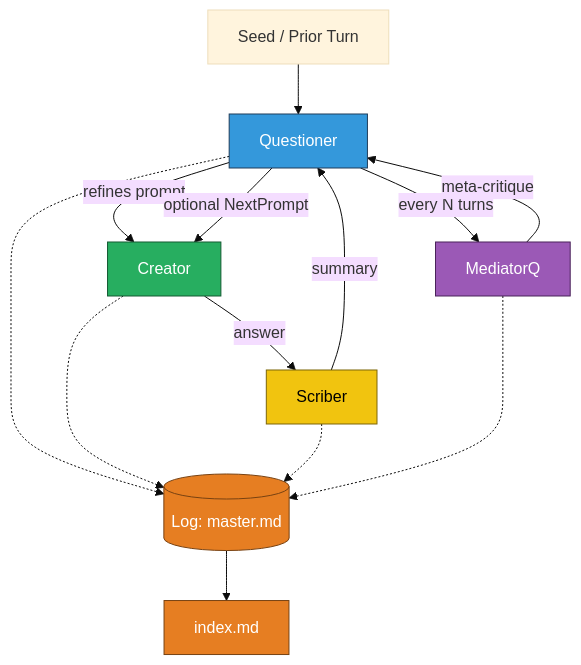
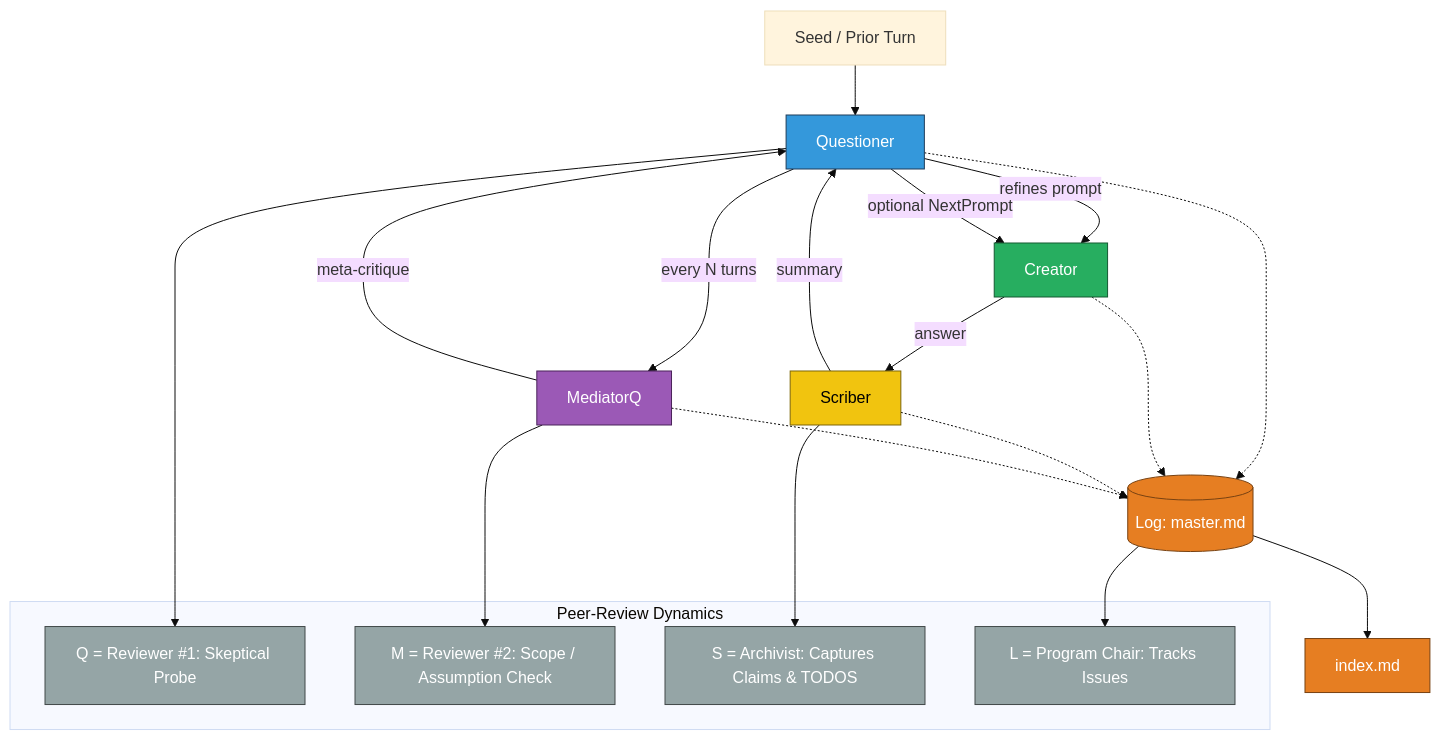
Before and after one commit to m10ust/metaformers: the first of 2 diagrams in README.md, drawn with Mermaid (base theme).

````diff
--- a/README.md
+++ b/README.md
@@ -21,44 +21,60 @@
 ```mermaid
 
 flowchart TD
     %% Nodes
     U[Seed / Prior Turn]
     Q[Questioner]
     C[Creator]
     S[Scriber]
     M[MediatorQ]
     L[(Log: master.md)]
     IDX[index.md]
 
     %% Core flows
     U --> Q
     Q -->|refines prompt| C
     C -->|answer| S
     S -->|summary| Q
     Q -->|every N turns| M
     M -->|meta-critique| Q
     Q -->|optional NextPrompt| C
 
     %% Logging (dashed)
     Q -.-> L
     C -.-> L
     S -.-> L
     M -.-> L
     L --> IDX
 
+    %% Peer-review dynamics
+    subgraph PR[Peer-Review Dynamics]
+        Qp[Q = Reviewer #1: Skeptical Probe]
+        Mp[M = Reviewer #2: Scope / Assumption Check]
+        Sp[S = Archivist: Captures Claims & TODOS]
+        Lp[L = Program Chair: Tracks Issues]
+    end
+
+    %% Map main roles to peer-review box
+    Q --> Qp
+    M --> Mp
+    S --> Sp
+    L --> Lp
+
     %% Styles
     classDef questioner fill:#3498db,stroke:#1f3d5a,color:#fff;
     classDef creator fill:#27ae60,stroke:#145a32,color:#fff;
     classDef scriber fill:#f1c40f,stroke:#7d6608,color:#000;
     classDef mediator fill:#9b59b6,stroke:#4a235a,color:#fff;
     classDef log fill:#e67e22,stroke:#784212,color:#fff;
     classDef index fill:#e67e22,stroke:#784212,color:#fff;
+    classDef review fill:#95a5a6,stroke:#424949,color:#fff;
 
     class Q questioner;
     class C creator;
     class S scriber;
     class M mediator;
     class L log;
     class IDX index;
+    class Qp,Mp,Sp,Lp review;
 
 ```
````
